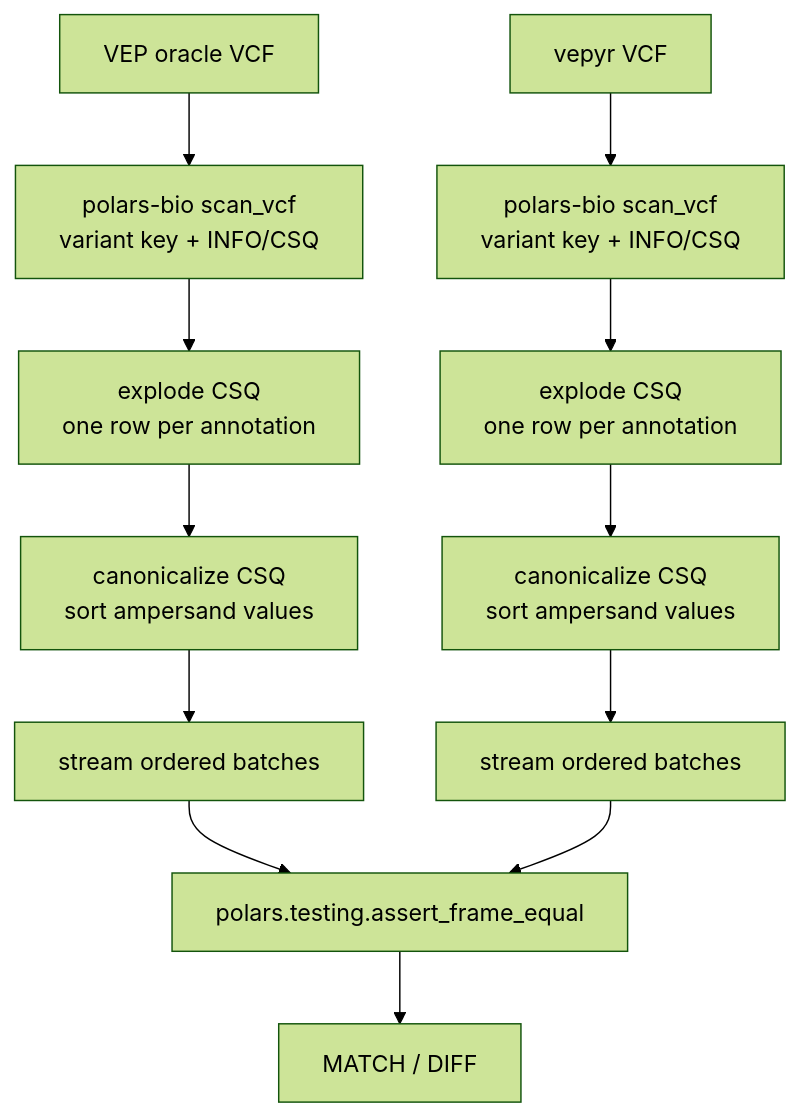
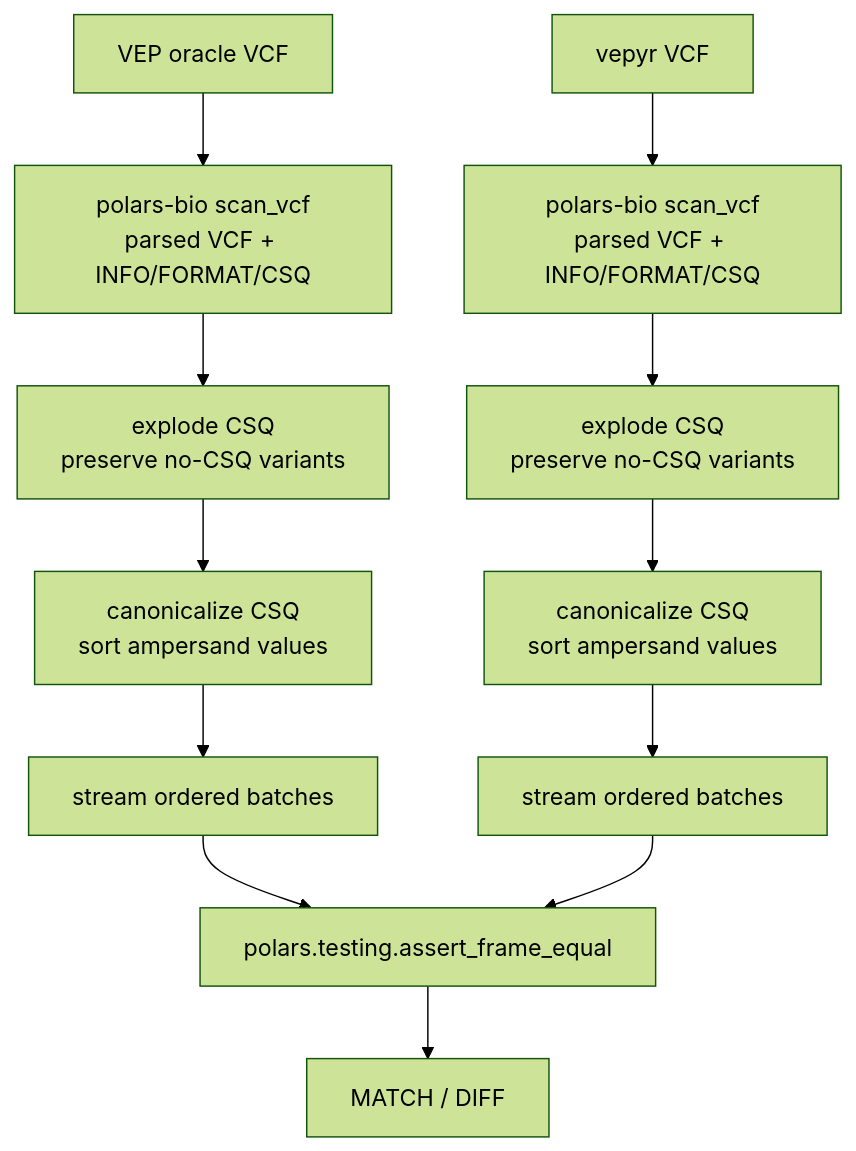
The diagram in e2e-testing/scripts/concordance/data_frame/README.md (biodatageeks/vepyr), drawn with Mermaid (forest theme) before and after one commit. The commit also changed other lines of this file and 1 other file, not shown here.

Commit message:
Preserve no-CSQ rows in DataFrame concordance

````diff
--- a/e2e-testing/scripts/concordance/data_frame/README.md
+++ b/e2e-testing/scripts/concordance/data_frame/README.md
@@ -78,24 +104,24 @@
 ```mermaid
 flowchart TD
     vep[VEP oracle VCF]
     vepyr[vepyr VCF]
 
-    scan1[polars-bio scan_vcf<br/>variant key + INFO/CSQ]
-    scan2[polars-bio scan_vcf<br/>variant key + INFO/CSQ]
+    scan1[polars-bio scan_vcf<br/>parsed VCF + INFO/FORMAT/CSQ]
+    scan2[polars-bio scan_vcf<br/>parsed VCF + INFO/FORMAT/CSQ]
 
-    explode1[explode CSQ<br/>one row per annotation]
-    explode2[explode CSQ<br/>one row per annotation]
+    explode1[explode CSQ<br/>preserve no-CSQ variants]
+    explode2[explode CSQ<br/>preserve no-CSQ variants]
 
     canon1[canonicalize CSQ<br/>sort ampersand values]
     canon2[canonicalize CSQ<br/>sort ampersand values]
 
     batches1[stream ordered batches]
     batches2[stream ordered batches]
 
     compare[polars.testing.assert_frame_equal]
     result[MATCH / DIFF]
 
     vep --> scan1 --> explode1 --> canon1 --> batches1 --> compare
     vepyr --> scan2 --> explode2 --> canon2 --> batches2 --> compare
     compare --> result
 ```
````
